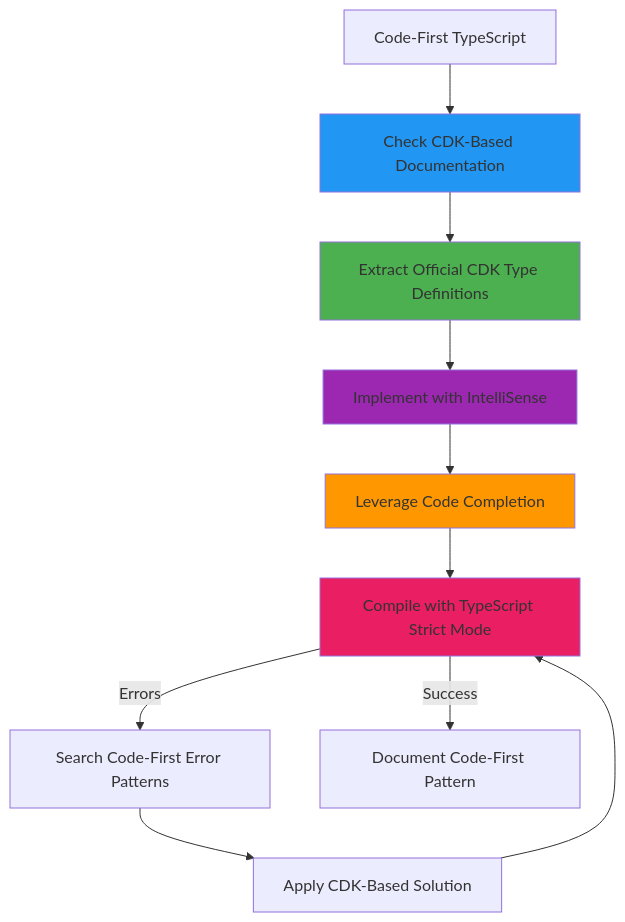
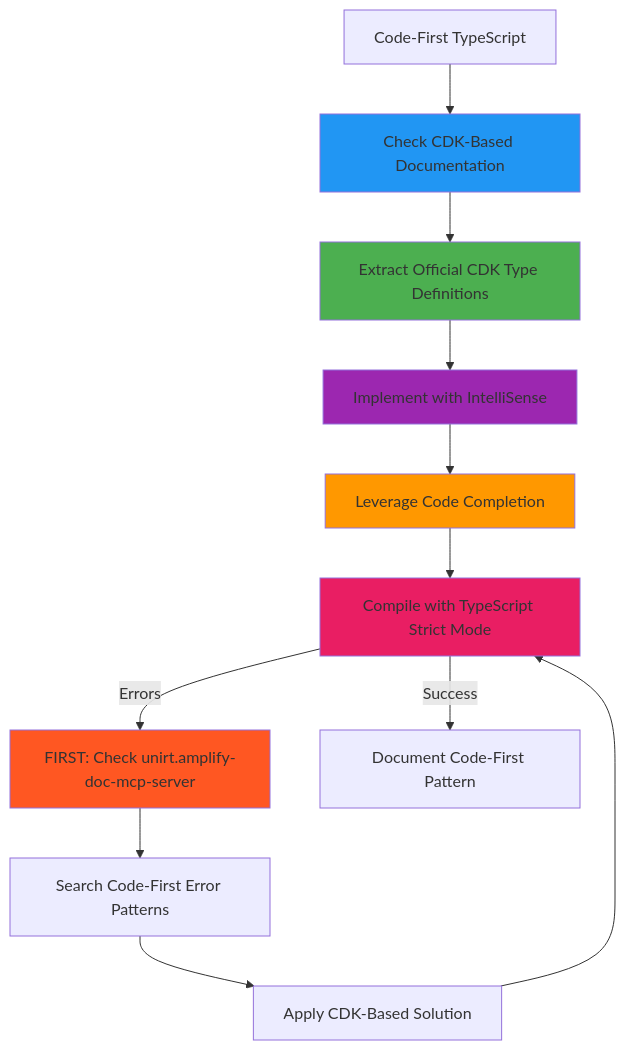
One commit to jigza/maestro changed the third of 7 diagrams in AmplifyForge-mode.md. Above: the diagram before and after it, drawn with Mermaid. The commit also changed other lines of this file and 3 other files, not shown here.

````diff
--- a/AmplifyForge-mode.md
+++ b/AmplifyForge-mode.md
@@ -315,18 +317,20 @@
 ```mermaid
 graph TD
     A[Code-First TypeScript] --> B[Check CDK-Based Documentation]
     B --> C[Extract Official CDK Type Definitions]
     C --> D[Implement with IntelliSense]
     D --> E[Leverage Code Completion]
     E --> F[Compile with TypeScript Strict Mode]
-    F -->|Errors| G[Search Code-First Error Patterns]
-    G --> H[Apply CDK-Based Solution]
+    F -->|Errors| G1[FIRST: Check unirt.amplify-doc-mcp-server]
+    G1 --> G2[Search Code-First Error Patterns]
+    G2 --> H[Apply CDK-Based Solution]
     H --> F
     F -->|Success| I[Document Code-First Pattern]
     
     style B fill:#2196F3
     style C fill:#4CAF50
     style D fill:#9C27B0
     style E fill:#FF9800
     style F fill:#E91E63
+    style G1 fill:#FF5722
 ```
````
